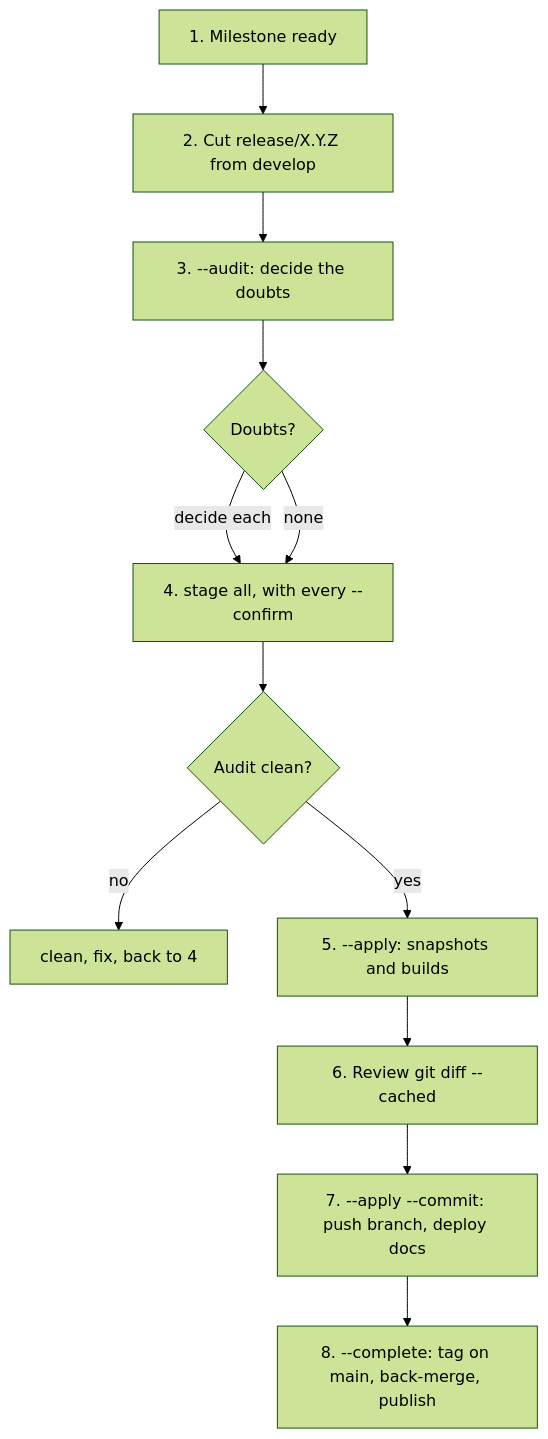
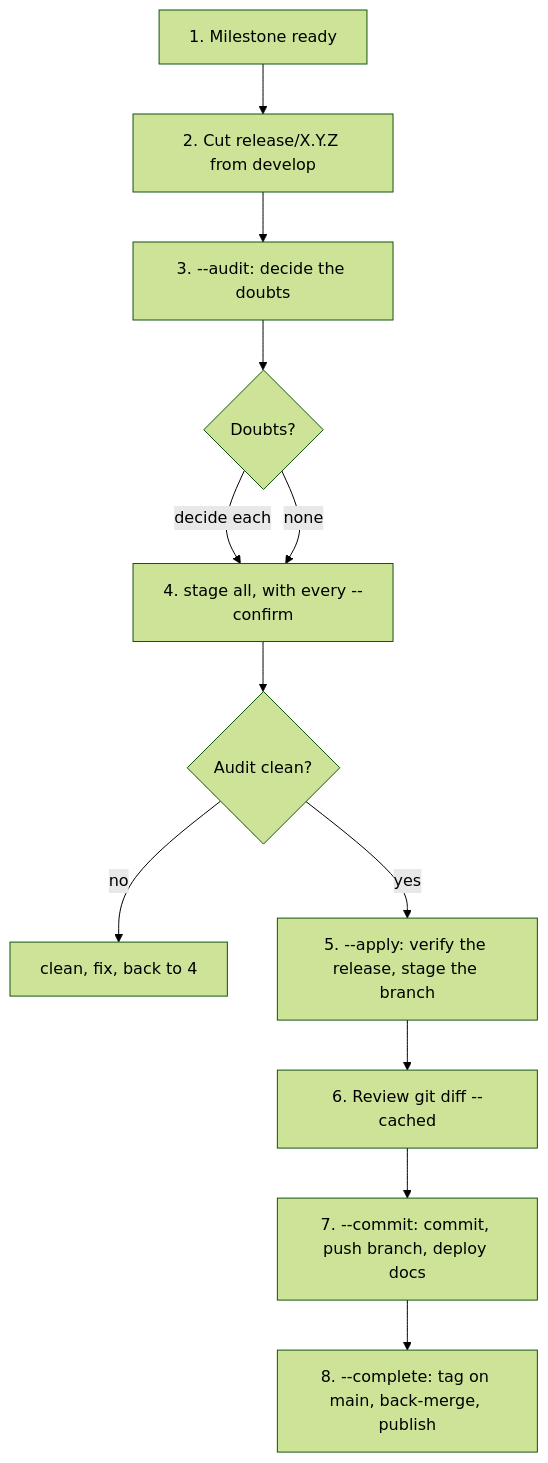
One commit to rdkcentral/rdk-halif-aidl changed the diagram in docs/governance/release-runbook.md. Above: the diagram before and after it, drawn with Mermaid (forest theme). The commit also changed other lines of this file, not shown here.

First line of the commit message:
Update #1076: Correct stage, apply and restart

````diff
--- a/docs/governance/release-runbook.md
+++ b/docs/governance/release-runbook.md
@@ -5,14 +5,14 @@
 ```mermaid
 flowchart TD
     A[1. Milestone ready] --> B[2. Cut release/X.Y.Z from develop]
     B --> C[3. --audit: decide the doubts]
     C --> D{Doubts?}
     D -- decide each --> E[4. stage all, with every --confirm]
     D -- none --> E
     E --> F{Audit clean?}
     F -- no --> R[clean, fix, back to 4]
-    F -- yes --> G[5. --apply: snapshots and builds]
+    F -- yes --> G[5. --apply: verify the release, stage the branch]
     G --> H[6. Review git diff --cached]
-    H --> I[7. --apply --commit: push branch, deploy docs]
+    H --> I[7. --commit: commit, push branch, deploy docs]
     I --> J[8. --complete: tag on main, back-merge, publish]
 ```
````
